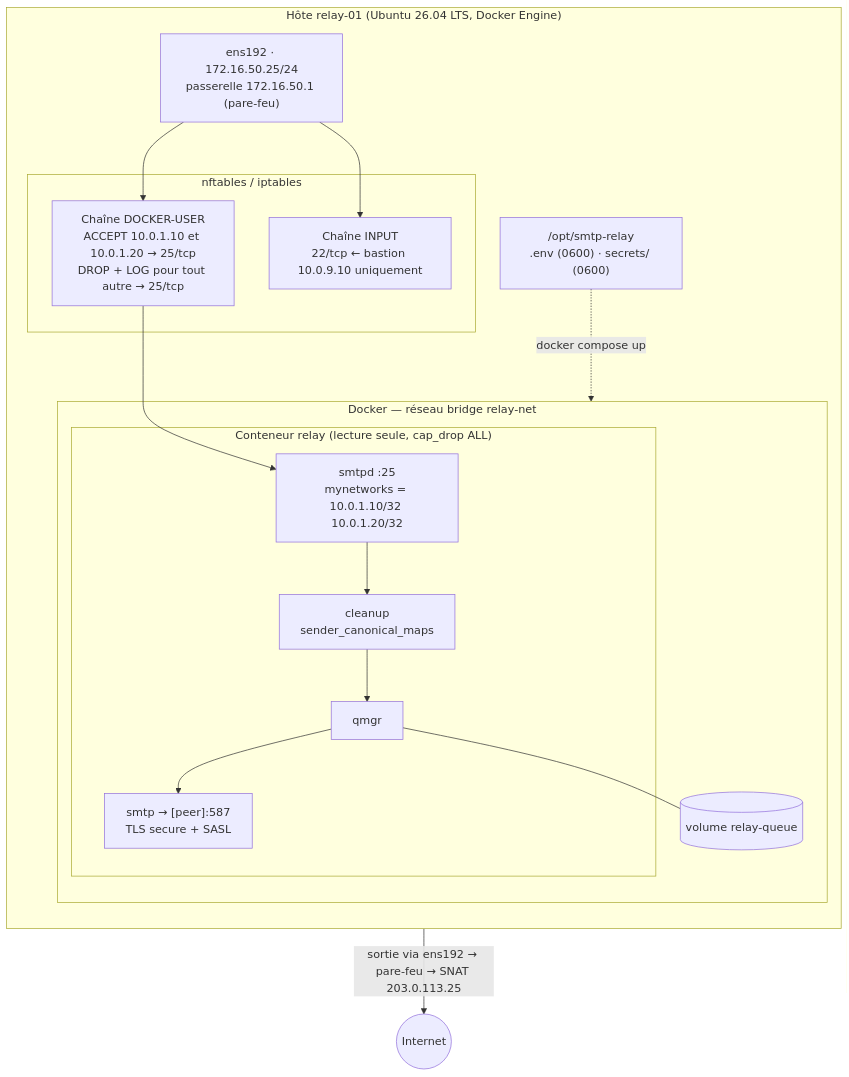
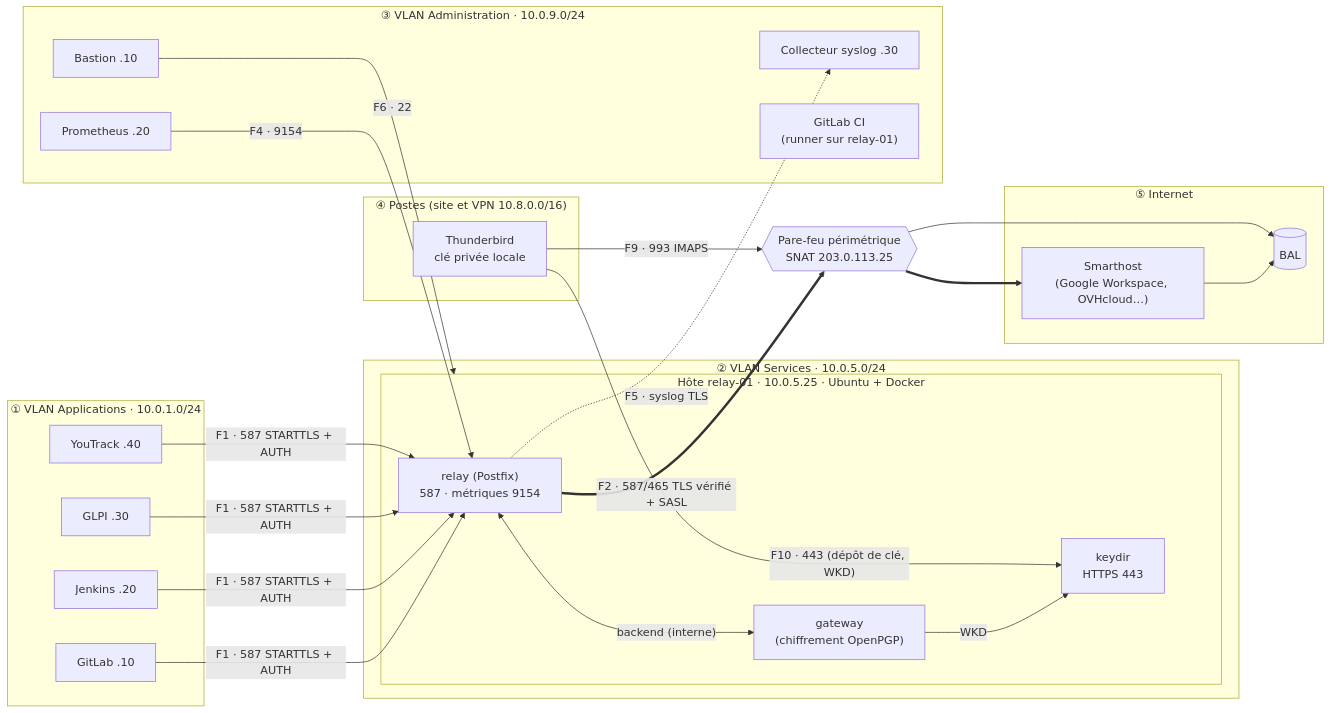
One commit to kosaar/relai-smtp changed the diagram in docs/deploiement-production.md. Above: the diagram before and after it, drawn with Mermaid. The commit also changed other lines of this file and 22 other files, not shown here.

````diff
--- a/docs/deploiement-production.md
+++ b/docs/deploiement-production.md
@@ -144,27 +39,37 @@
 ```mermaid
-flowchart TB
-    subgraph HOST["Hôte relay-01 (Ubuntu 26.04 LTS, Docker Engine)"]
-        direction TB
-        NIC["ens192 · 172.16.50.25/24<br/>passerelle 172.16.50.1 (pare-feu)"]
-        subgraph NF["nftables / iptables"]
-            DU["Chaîne DOCKER-USER<br/>ACCEPT 10.0.1.10 et 10.0.1.20 → 25/tcp<br/>DROP + LOG pour tout autre → 25/tcp"]
-            IN["Chaîne INPUT<br/>22/tcp ← bastion 10.0.9.10 uniquement"]
+flowchart LR
+    subgraph APPS["① VLAN Applications · 10.0.1.0/24"]
+        GL["GitLab .10"] & JK["Jenkins .20"] & GP["GLPI .30"] & YT["YouTrack .40"]
+    end
+    subgraph SVC["② VLAN Services · 10.0.5.0/24"]
+        subgraph HOST["Hôte relay-01 · 10.0.5.25 · Ubuntu + Docker"]
+            R["relay (Postfix)<br/>587 · métriques 9154"]
+            G["gateway<br/>(chiffrement OpenPGP)"]
+            K["keydir<br/>HTTPS 443"]
+            R <-- "backend (interne)" --> G
+            G -- "WKD" --> K
         end
-        subgraph DOCKER["Docker — réseau bridge relay-net"]
-            subgraph CT["Conteneur relay (lecture seule, cap_drop ALL)"]
-                SMTPD["smtpd :25<br/>mynetworks = 10.0.1.10/32 10.0.1.20/32"]
-                CLEAN["cleanup<br/>sender_canonical_maps"]
-                QMGR["qmgr"]
-                SMTP["smtp → [peer]:587<br/>TLS secure + SASL"]
-                SMTPD --> CLEAN --> QMGR --> SMTP
-            end
-            VOL[("volume relay-queue")]
-            QMGR --- VOL
-        end
-        FILES["/opt/smtp-relay<br/>.env (0600) · secrets/ (0600)"]
-        NIC --> DU --> SMTPD
-        NIC --> IN
-        FILES -. "docker compose up" .-> CT
     end
-    SMTP -- "sortie via ens192 → pare-feu → SNAT 203.0.113.25" --> OUT(("Internet"))
+    subgraph ADM["③ VLAN Administration · 10.0.9.0/24"]
+        BAS["Bastion .10"]
+        SUP["Prometheus .20"]
+        LOG["Collecteur syslog .30"]
+        CI["GitLab CI<br/>(runner sur relay-01)"]
+    end
+    subgraph POSTES["④ Postes (site et VPN 10.8.0.0/16)"]
+        TB["Thunderbird<br/>clé privée locale"]
+    end
+    FW{{"Pare-feu périmétrique<br/>SNAT 203.0.113.25"}}
+    subgraph NET["⑤ Internet"]
+        SH["Smarthost<br/>(Google Workspace, OVHcloud…)"]
+        BAL[("BAL")]
+    end
+
+    GL & JK & GP & YT -- "F1 · 587 STARTTLS + AUTH" --> R
+    R == "F2 · 587/465 TLS vérifié + SASL" ==> FW ==> SH --> BAL
+    SUP -- "F4 · 9154" --> R
+    R -. "F5 · syslog TLS" .-> LOG
+    BAS -- "F6 · 22" --> HOST
+    TB -- "F10 · 443 (dépôt de clé, WKD)" --> K
+    TB -- "F9 · 993 IMAPS" --> FW --> BAL
 ```
````
